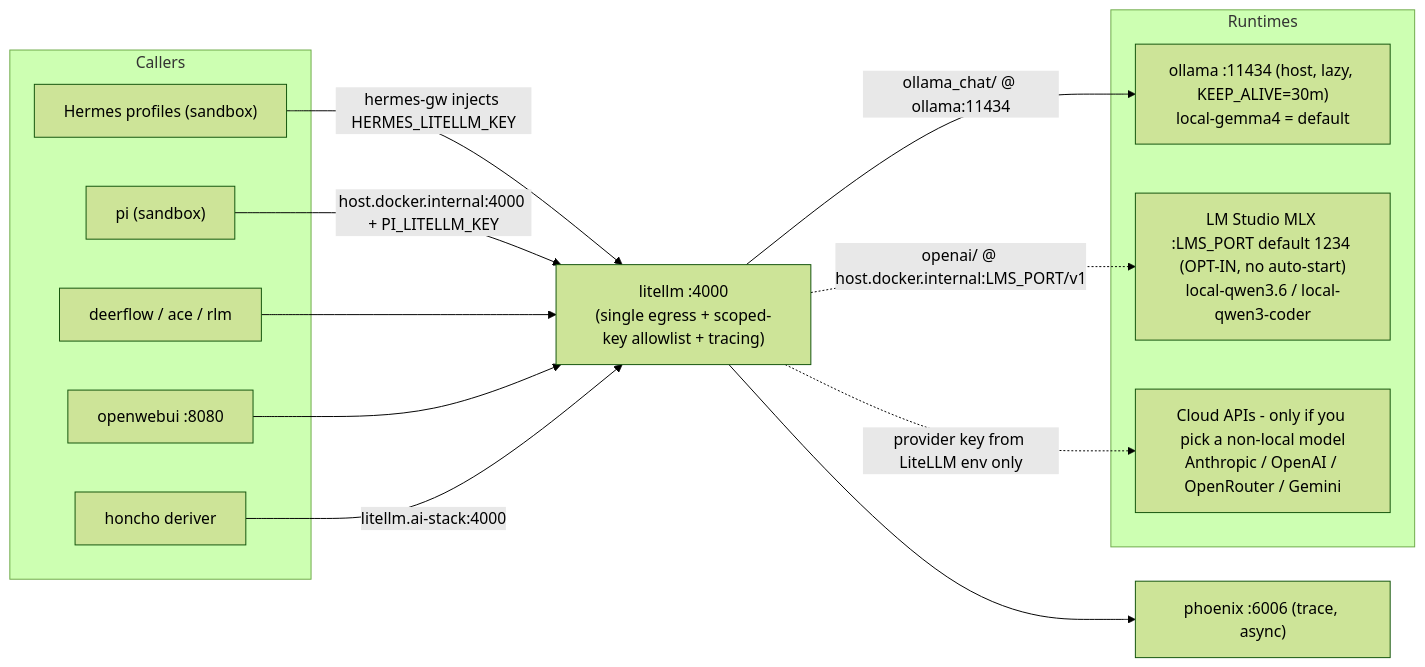
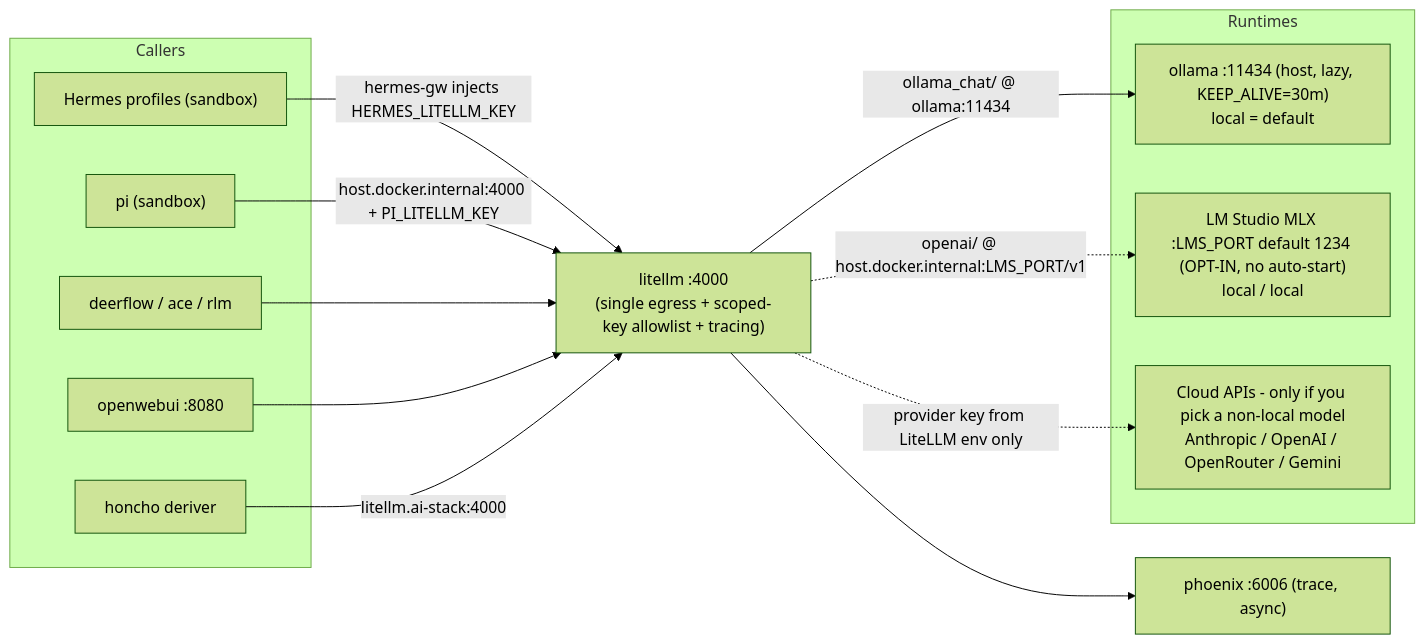
The seventh of 21 diagrams in doc/DIAGRAMS.md (mayssamj/versatile-ai-stack), drawn with Mermaid (forest theme) before and after one commit. The commit also changed other lines of this file and 33 other files, not shown here.

````diff
--- a/doc/DIAGRAMS.md
+++ b/doc/DIAGRAMS.md
@@ -447,30 +446,30 @@
 ```mermaid
 flowchart LR
   subgraph Callers[Callers]
     HF["Hermes profiles (sandbox)"]
     PI["pi (sandbox)"]
     DF["deerflow / ace / rlm"]
     OWU["openwebui :8080"]
     HO["honcho deriver"]
   end
 
   HUB["litellm :4000<br/>(single egress + scoped-key allowlist + tracing)"]
 
   HF -- "hermes-gw injects HERMES_LITELLM_KEY" --> HUB
   PI -- "host.docker.internal:4000 + PI_LITELLM_KEY" --> HUB
   DF --> HUB
   OWU --> HUB
   HO -- "litellm.ai-stack:4000" --> HUB
 
   subgraph Runtimes[Runtimes]
-    OL["ollama :11434 (host, lazy, KEEP_ALIVE=30m)<br/>local-gemma4 = default"]
-    LMS["LM Studio MLX :LMS_PORT default 1234 (OPT-IN, no auto-start)<br/>local-qwen3.6 / local-qwen3-coder"]
+    OL["ollama :11434 (host, lazy, KEEP_ALIVE=30m)<br/>local = default"]
+    LMS["LM Studio MLX :LMS_PORT default 1234 (OPT-IN, no auto-start)<br/>local / local"]
     CLOUD["Cloud APIs - only if you pick a non-local model<br/>Anthropic / OpenAI / OpenRouter / Gemini"]
   end
 
   HUB -- "ollama_chat/<served> @ ollama:11434" --> OL
   HUB -. "openai/<served> @ host.docker.internal:LMS_PORT/v1" .-> LMS
   HUB -. "provider key from LiteLLM env only" .-> CLOUD
 
   HUB --> PX["phoenix :6006 (trace, async)"]
 ```
````
